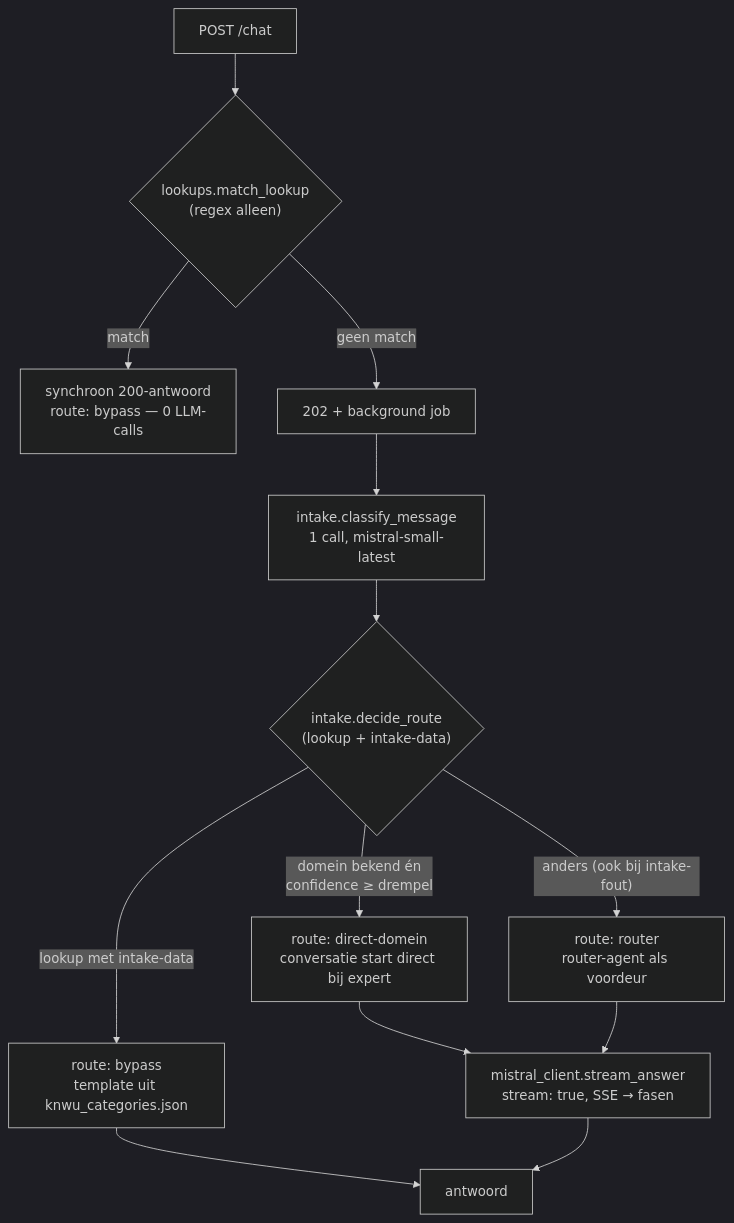
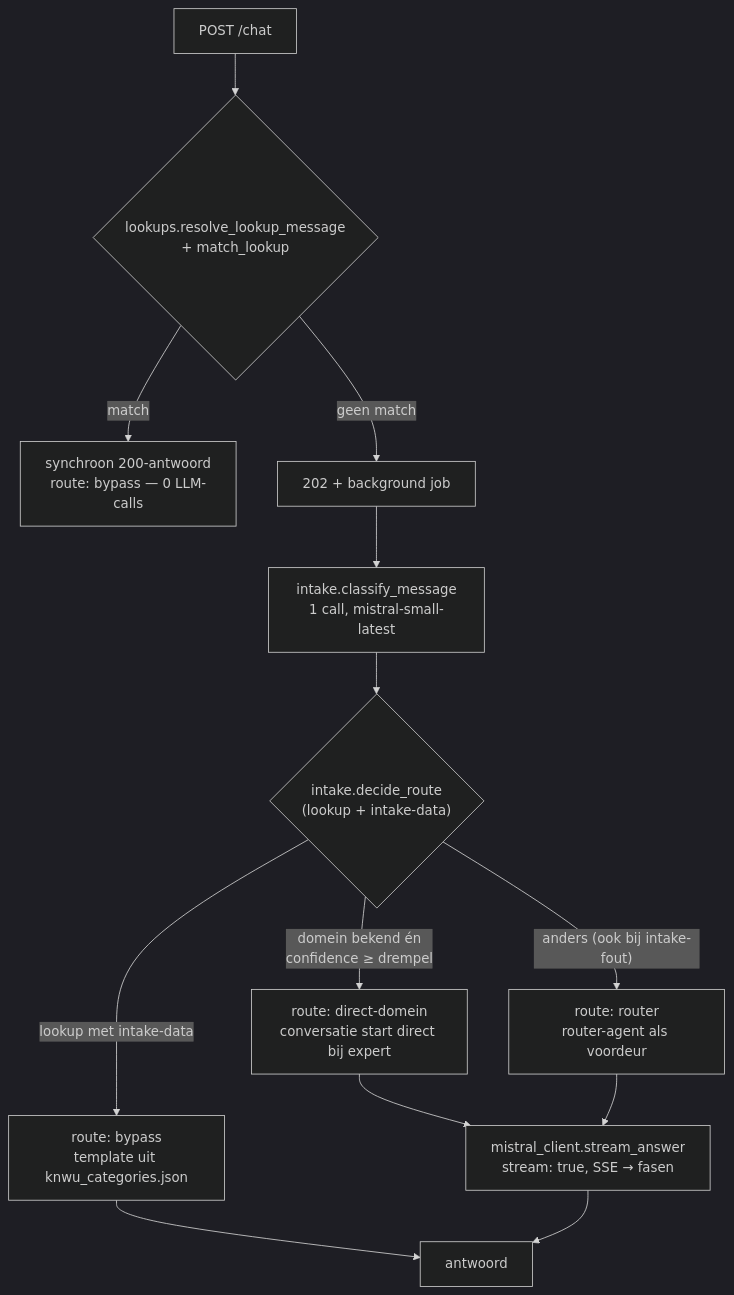
The diagram in docs/explanation/vraag-routing.md (Atrium0804/WTChatbot), drawn with Mermaid (dark theme) before and after one commit. The commit also changed other lines of this file and 6 other files, not shown here.

````diff
--- a/docs/explanation/vraag-routing.md
+++ b/docs/explanation/vraag-routing.md
@@ -12,15 +12,15 @@
 ```mermaid
 flowchart TD
-    A["POST /chat"] --> B{"lookups.match_lookup<br/>(regex alleen)"}
+    A["POST /chat"] --> B{"lookups.resolve_lookup_message<br/>+ match_lookup"}
     B -- "match" --> C["synchroon 200-antwoord<br/>route: bypass — 0 LLM-calls"]
     B -- "geen match" --> D["202 + background job"]
     D --> E["intake.classify_message<br/>1 call, mistral-small-latest"]
     E --> F{"intake.decide_route<br/>(lookup + intake-data)"}
     F -- "lookup met intake-data" --> G["route: bypass<br/>template uit knwu_categories.json"]
     F -- "domein bekend én<br/>confidence ≥ drempel" --> H["route: direct-domein<br/>conversatie start direct bij expert"]
     F -- "anders (ook bij intake-fout)" --> I["route: router<br/>router-agent als voordeur"]
     H --> J["mistral_client.stream_answer<br/>stream: true, SSE → fasen"]
     I --> J
     G --> K["antwoord"]
     J --> K
 ```
````
